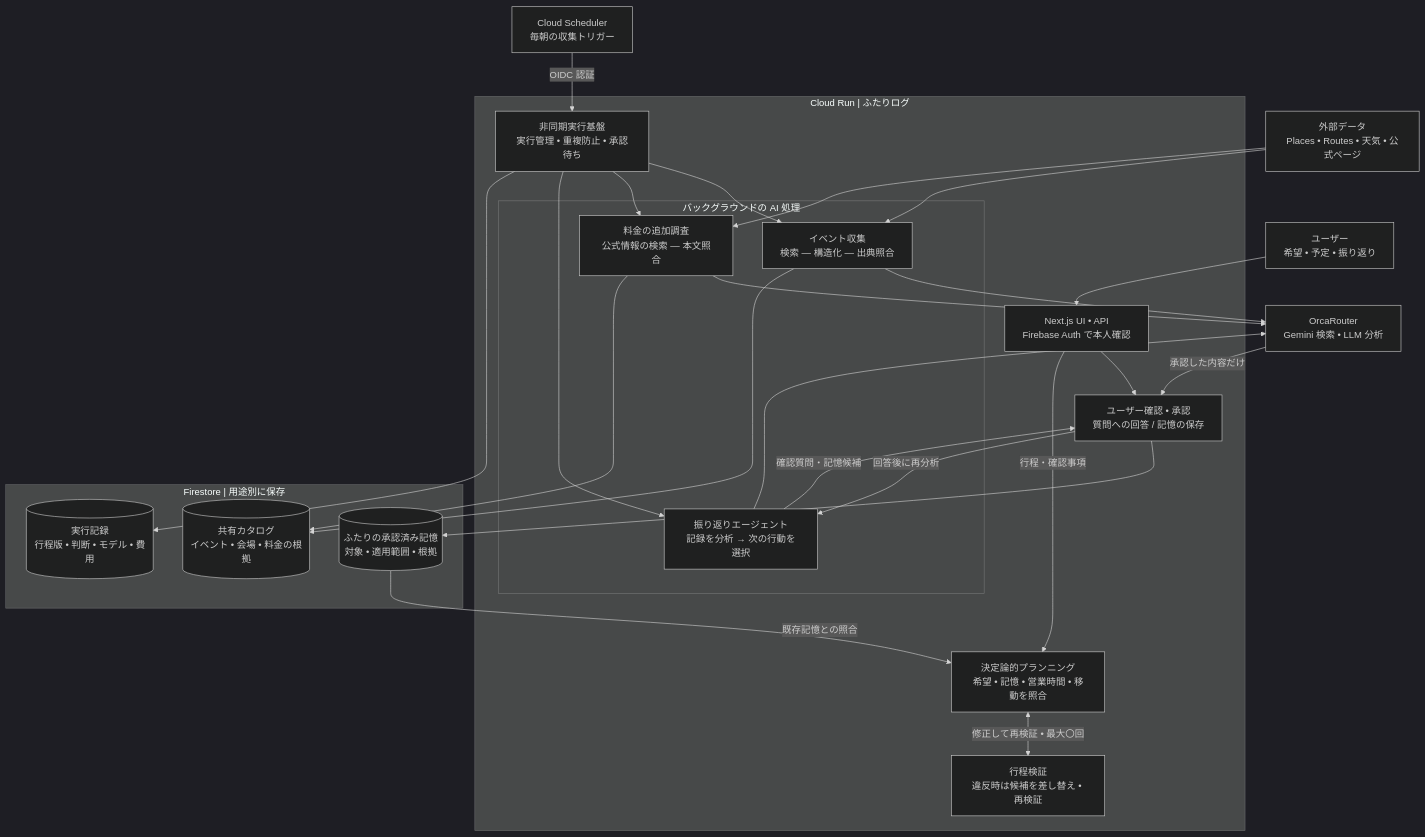
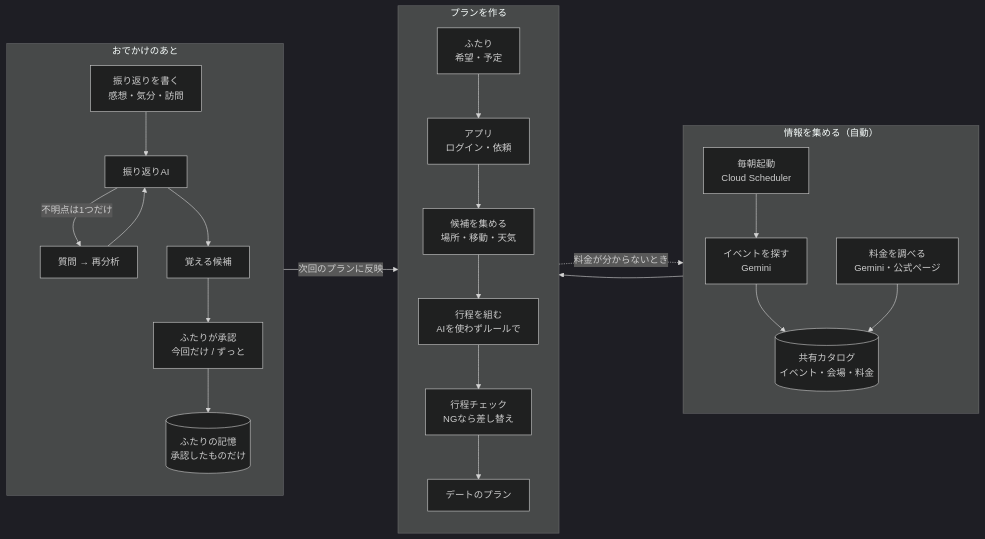
Before and after one commit to UGpict/futari-log: the diagram in README.md, drawn with Mermaid (dark theme). The commit also changed other lines of this file and 1 other file, not shown here.

Commit message:
docs: README のアーキテクチャ図を3ブロック構成に簡素化する
プラン作成・裏側の収集・おでかけ後の振り返りに分け、決定論プランと Gemini 利用箇所がひと目で分かる図に差し替える。

````diff
--- a/README.md
+++ b/README.md
@@ -45,51 +45,32 @@
 ```mermaid
-flowchart TB
-  CS["Cloud Scheduler<br/>毎朝の収集トリガー"]
-  EXT["外部データ<br/>Places • Routes • 天気 • 公式ページ"]
-
-  subgraph CR["Cloud Run | ふたりログ"]
-    ASYNC["非同期実行基盤<br/>実行管理 • 重複防止 • 承認待ち"]
-
-    subgraph BG["バックグラウンドの AI 処理"]
-      EV["イベント収集<br/>検索 — 構造化 — 出典照合"]
-      PR["料金の追加調査<br/>公式情報の検索 — 本文照合"]
-      RA["振り返りエージェント<br/>記録を分析 → 次の行動を選択"]
-    end
-
-    UI["Next.js UI • API<br/>Firebase Auth で本人確認"]
-    VAL["行程検証<br/>違反時は候補を差し替え • 再検証"]
-    PLAN["決定論的プランニング<br/>希望 • 記憶 • 営業時間 • 移動を照合"]
-    CONF["ユーザー確認 • 承認<br/>質問への回答 / 記憶の保存"]
+flowchart LR
+  subgraph PLAN["プランを作る"]
+    direction TB
+    U1["ふたり<br/>希望・予定"] --> APP["アプリ<br/>ログイン・依頼"]
+    APP --> GATH["候補を集める<br/>場所・移動・天気"]
+    GATH --> BUILD["行程を組む<br/>AIを使わずルールで"]
+    BUILD --> CHK["行程チェック<br/>NGなら差し替え"]
+    CHK --> OUT["デートのプラン"]
   end
 
-  ORCA["OrcaRouter<br/>Gemini 検索 • LLM 分析"]
-  USER["ユーザー<br/>希望 • 予定 • 振り返り"]
-
-  subgraph FS["Firestore | 用途別に保存"]
-    EXEC[("実行記録<br/>行程版 • 判断 • モデル • 費用")]
-    CAT[("共有カタログ<br/>イベント • 会場 • 料金の根拠")]
-    MEM[("ふたりの承認済み記憶<br/>対象 • 適用範囲 • 根拠")]
+  subgraph BG["情報を集める（自動）"]
+    direction TB
+    SCH["毎朝起動<br/>Cloud Scheduler"] --> EVT["イベントを探す<br/>Gemini"]
+    EVT --> CAT[("共有カタログ<br/>イベント・会場・料金")]
+    PRICE["料金を調べる<br/>Gemini・公式ページ"] --> CAT
   end
 
-  CS -->|"OIDC 認証"| ASYNC
-  EXT --> EV
-  EXT --> PR
-  ASYNC --> EV
-  ASYNC --> PR
-  ASYNC --> RA
-  EV --> ORCA
-  PR --> ORCA
-  RA --> ORCA
-  ORCA -->|"承認した内容だけ"| CONF
-  RA -->|"確認質問・記憶候補"| CONF
-  CONF -->|"回答後に再分析"| RA
-  USER --> UI
-  UI --> CONF
-  UI -->|"行程・確認事項"| PLAN
-  PLAN <-->|"修正して再検証 • 最大〇回"| VAL
-  MEM -->|"既存記憶との照合"| PLAN
-  EV --> CAT
-  PR --> CAT
-  ASYNC --> EXEC
-  CONF --> MEM
+  subgraph AFTER["おでかけのあと"]
+    direction TB
+    NOTE["振り返りを書く<br/>感想・気分・訪問"] --> RAI["振り返りAI"]
+    RAI -->|"不明点は1つだけ"| ASK["質問 → 再分析"]
+    ASK --> RAI
+    RAI --> CAND["覚える候補"]
+    CAND --> APPR["ふたりが承認<br/>今回だけ / ずっと"]
+    APPR --> MEM[("ふたりの記憶<br/>承認したものだけ")]
+  end
+
+  CAT --> BUILD
+  BUILD -.->|"料金が分からないとき"| PRICE
+  MEM -->|"次回のプランに反映"| BUILD
 ```
````
